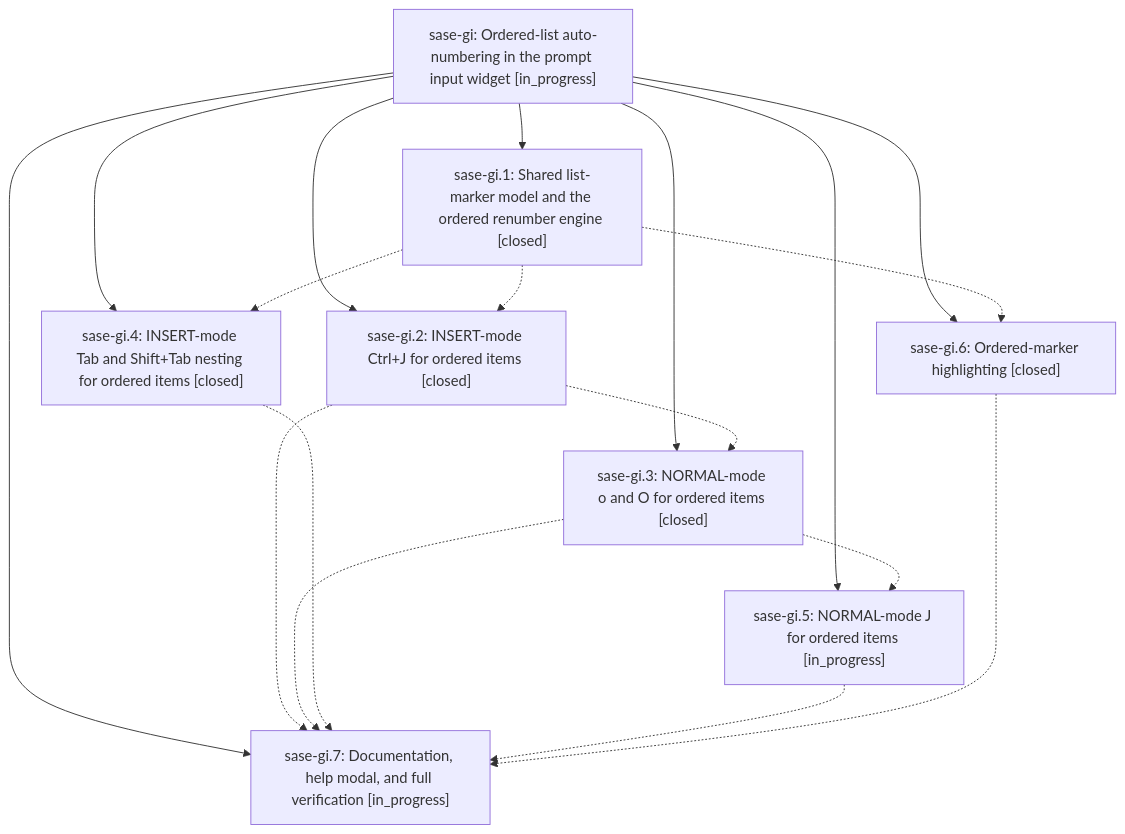
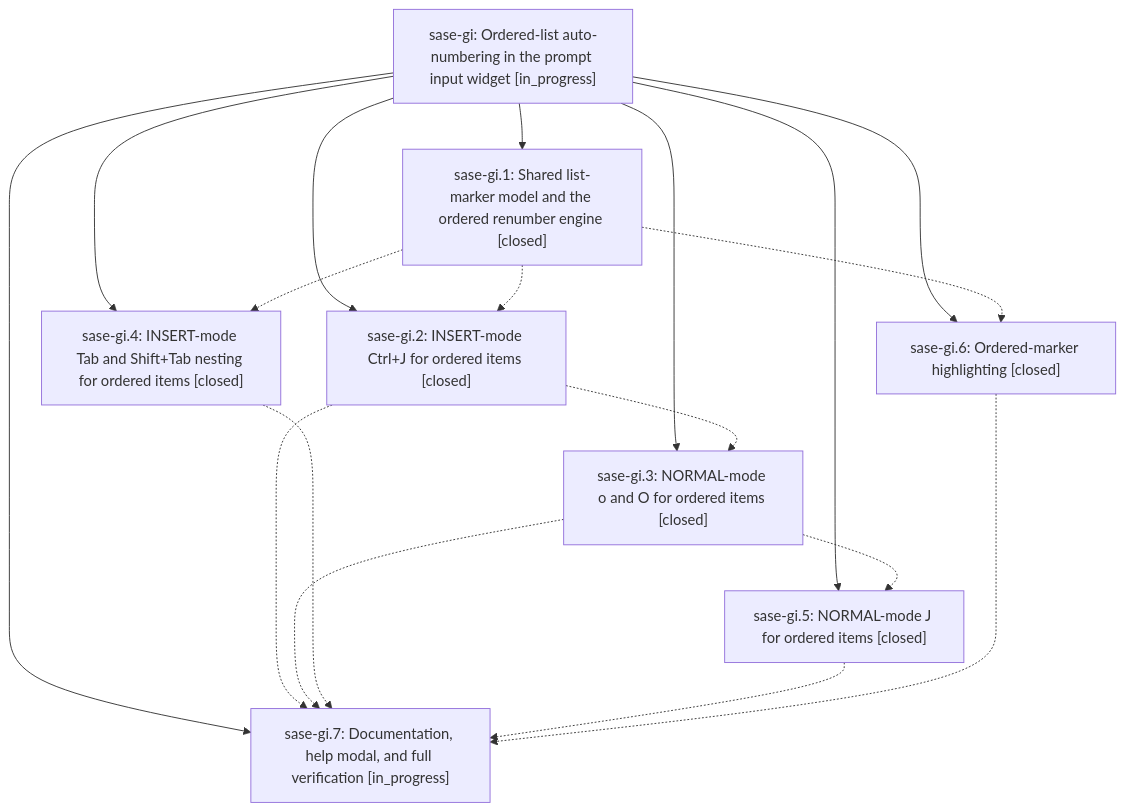
The diagram in pages/sase-gi/README.md (sase-org/sase--beads), drawn with Mermaid before and after one commit. The commit also changed other lines of this file and 3 other files, not shown here.

````diff
--- a/pages/sase-gi/README.md
+++ b/pages/sase-gi/README.md
@@ -32,28 +32,28 @@
 ```mermaid
 flowchart TD
     n0["sase-gi: Ordered-list auto-numbering in the prompt input widget [in_progress]"]
     n1["sase-gi.1: Shared list-marker model and the ordered renumber engine [closed]"]
     n2["sase-gi.2: INSERT-mode Ctrl+J for ordered items [closed]"]
     n3["sase-gi.3: NORMAL-mode o and O for ordered items [closed]"]
     n4["sase-gi.4: INSERT-mode Tab and Shift+Tab nesting for ordered items [closed]"]
-    n5["sase-gi.5: NORMAL-mode J for ordered items [in_progress]"]
+    n5["sase-gi.5: NORMAL-mode J for ordered items [closed]"]
     n6["sase-gi.6: Ordered-marker highlighting [closed]"]
     n7["sase-gi.7: Documentation, help modal, and full verification [in_progress]"]
     n0 --> n1
     n0 --> n2
     n0 --> n3
     n0 --> n4
     n0 --> n5
     n0 --> n6
     n0 --> n7
     n1 -.-> n2
     n1 -.-> n4
     n1 -.-> n6
     n2 -.-> n3
     n2 -.-> n7
     n3 -.-> n5
     n3 -.-> n7
     n4 -.-> n7
     n5 -.-> n7
     n6 -.-> n7
 ```
````
